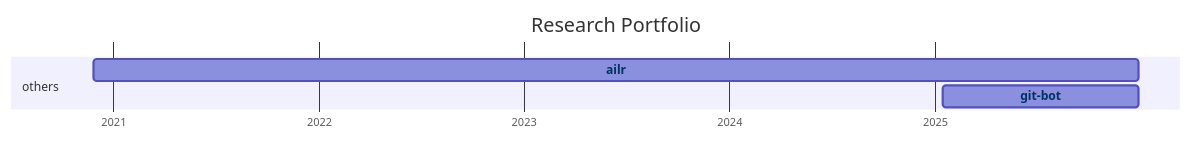
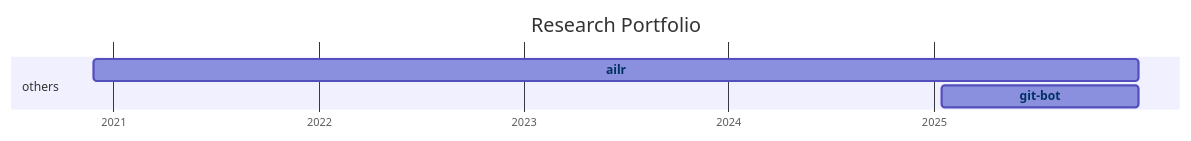
Before and after one commit to digital-work-lab/handbook: the diagram in docs/20-research/25-projects-gantt.md, drawn with Mermaid. The commit also changed 1 other file, not shown here.

Commit message:
Update repository overview

````diff
--- a/docs/20-research/25-projects-gantt.md
+++ b/docs/20-research/25-projects-gantt.md
@@ -8,23 +8,23 @@
 ```mermaid
 ---
 displayMode: compact
 ---
 gantt
 title Research Portfolio
 dateFormat YYYY-MM-DD
 axisFormat %Y
 
     section work_practices
 
     section distributed_organizing
 
     section knowledge_synthesis
 
     section others
-        git-bot :git-bot, 2025-01-15, 2025-12-30
-        ailr :ailr, 2020-11-26, 2025-12-30
+        git-bot :git-bot, 2025-01-15, 2025-12-31
+        ailr :ailr, 2020-11-26, 2025-12-31
 
 
     click git-bot href "{{ site.baseurl }}/docs/10-lab/18-resources/git-bot.html"
     click ailr href "{{ site.baseurl }}/docs/10-lab/18-resources/ailr.html"
 ```
````
